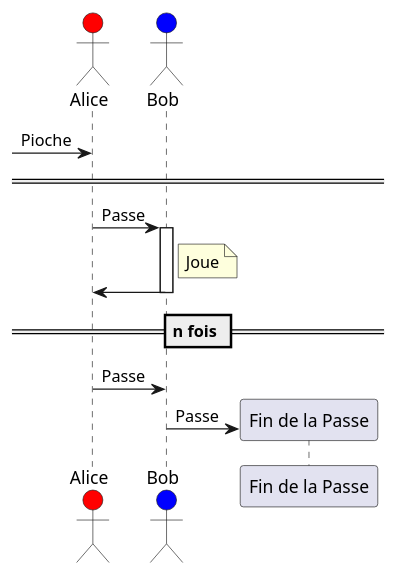
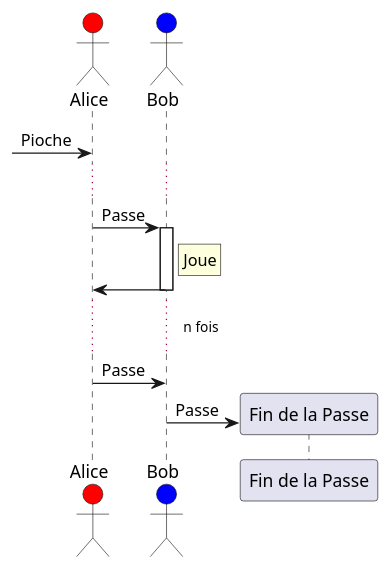
One commit to de-dale/wiki changed the third of 7 diagrams in sphérier/référence/phases-de-jeu/combat.md. Above: the diagram before and after it, drawn with PlantUML. The commit also changed other lines of this file, not shown here.

Commit message:
docs: update sphérier/référence/phases-de-jeu/combat

````diff
--- a/sphérier/référence/phases-de-jeu/combat.md
+++ b/sphérier/référence/phases-de-jeu/combat.md
@@ -152,15 +152,15 @@
 ```plantuml
 actor Alice #red
 actor Bob #blue
 [-> Alice: Pioche
 
-== ==
+...
 Alice -> Bob ++ : Passe
-note right of Bob: Joue
+rnote right of Bob: Joue
 Bob -> Alice --
-== n fois ==
+...n fois... 
 
 Alice -> Bob : Passe
 Bob -> "Fin de la Passe" ** : Passe
 
 ```
````
